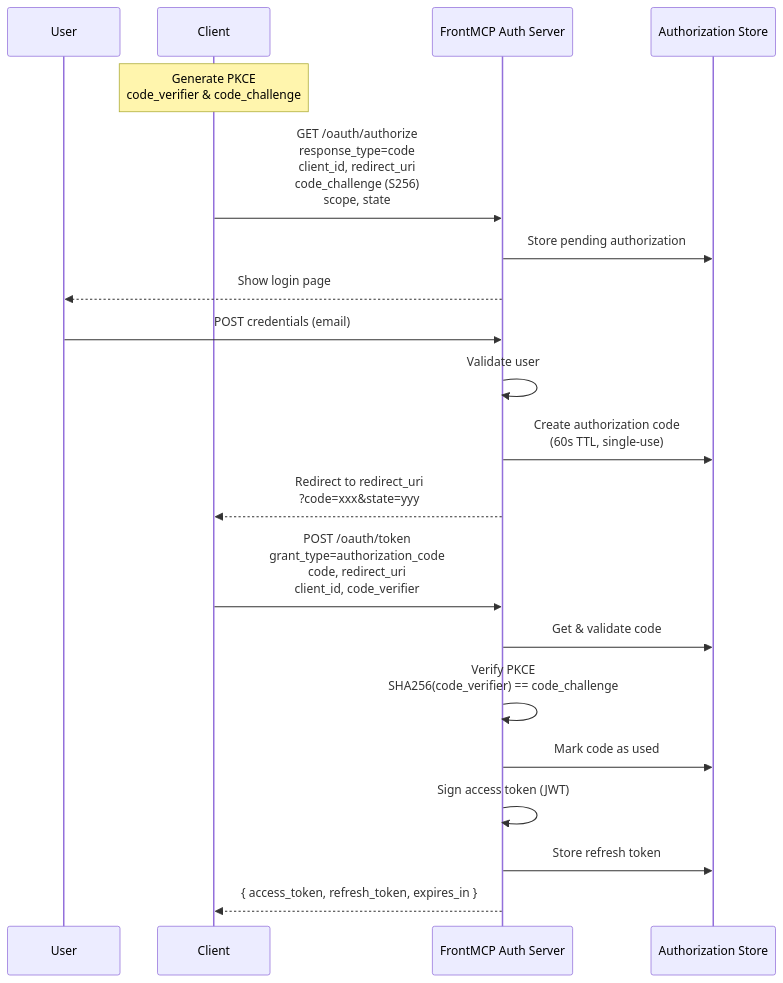
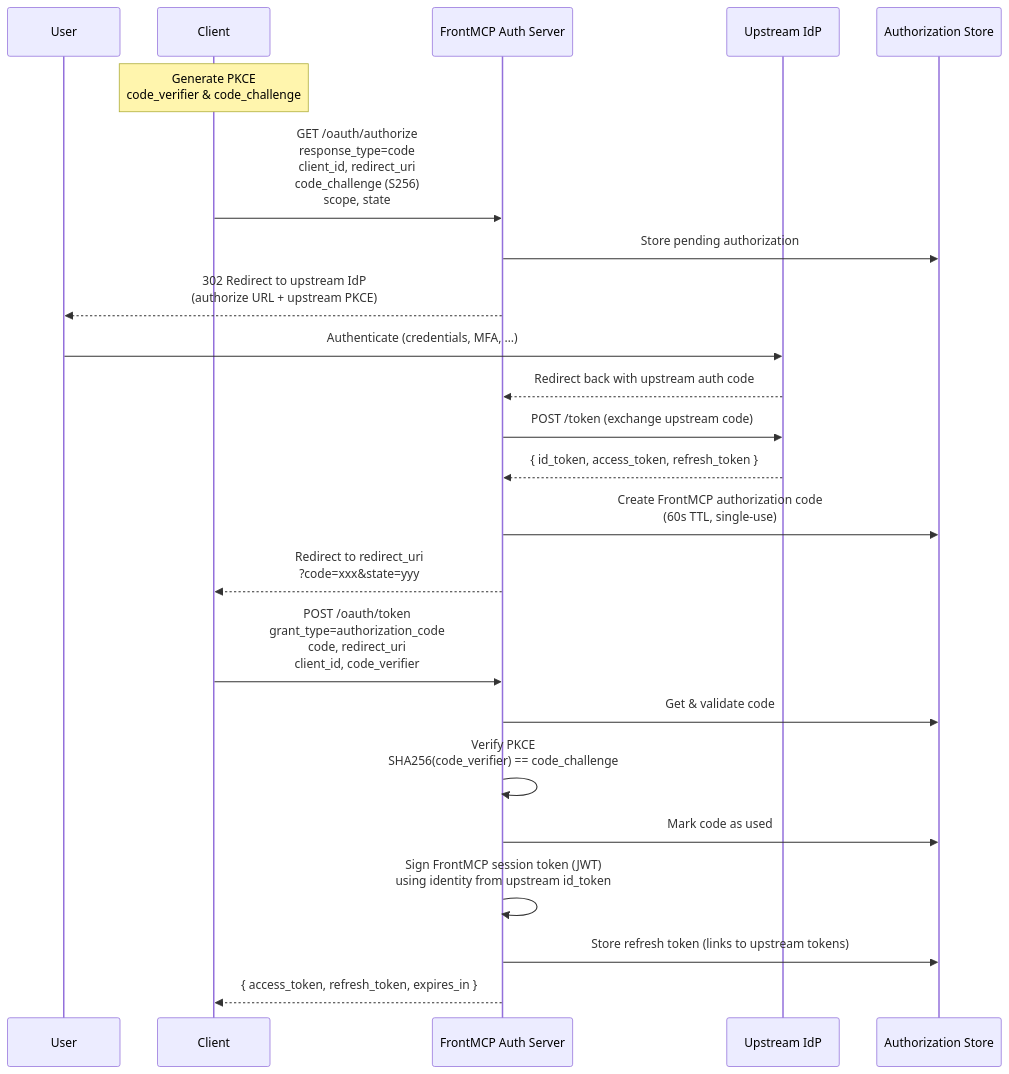
One commit to agentfront/frontmcp changed the fourth of 6 diagrams in docs/frontmcp/authentication/modes.mdx. Above: the diagram before and after it, drawn with Mermaid. The commit also changed other lines of this file and 152 other files, not shown here.

````diff
--- a/docs/frontmcp/authentication/modes.mdx
+++ b/docs/frontmcp/authentication/modes.mdx
@@ -238,28 +229,32 @@
 ```mermaid
 sequenceDiagram
     participant User
     participant Client
     participant FrontMCP as FrontMCP Auth Server
+    participant IdP as Upstream IdP
     participant Store as Authorization Store
 
     Note over Client: Generate PKCE<br/>code_verifier & code_challenge
 
     Client->>FrontMCP: GET /oauth/authorize<br/>response_type=code<br/>client_id, redirect_uri<br/>code_challenge (S256)<br/>scope, state
 
     FrontMCP->>Store: Store pending authorization
-    FrontMCP-->>User: Show login page
+    FrontMCP-->>User: 302 Redirect to upstream IdP<br/>(authorize URL + upstream PKCE)
 
-    User->>FrontMCP: POST credentials (email)
-    FrontMCP->>FrontMCP: Validate user
-    FrontMCP->>Store: Create authorization code<br/>(60s TTL, single-use)
+    User->>IdP: Authenticate (credentials, MFA, …)
+    IdP-->>FrontMCP: Redirect back with upstream auth code
+    FrontMCP->>IdP: POST /token (exchange upstream code)
+    IdP-->>FrontMCP: { id_token, access_token, refresh_token }
+
+    FrontMCP->>Store: Create FrontMCP authorization code<br/>(60s TTL, single-use)
     FrontMCP-->>Client: Redirect to redirect_uri<br/>?code=xxx&state=yyy
 
     Client->>FrontMCP: POST /oauth/token<br/>grant_type=authorization_code<br/>code, redirect_uri<br/>client_id, code_verifier
 
     FrontMCP->>Store: Get & validate code
     FrontMCP->>FrontMCP: Verify PKCE<br/>SHA256(code_verifier) == code_challenge
     FrontMCP->>Store: Mark code as used
-    FrontMCP->>FrontMCP: Sign access token (JWT)
-    FrontMCP->>Store: Store refresh token
+    FrontMCP->>FrontMCP: Sign FrontMCP session token (JWT)<br/>using identity from upstream id_token
+    FrontMCP->>Store: Store refresh token (links to upstream tokens)
     FrontMCP-->>Client: { access_token, refresh_token, expires_in }
 ```
````
